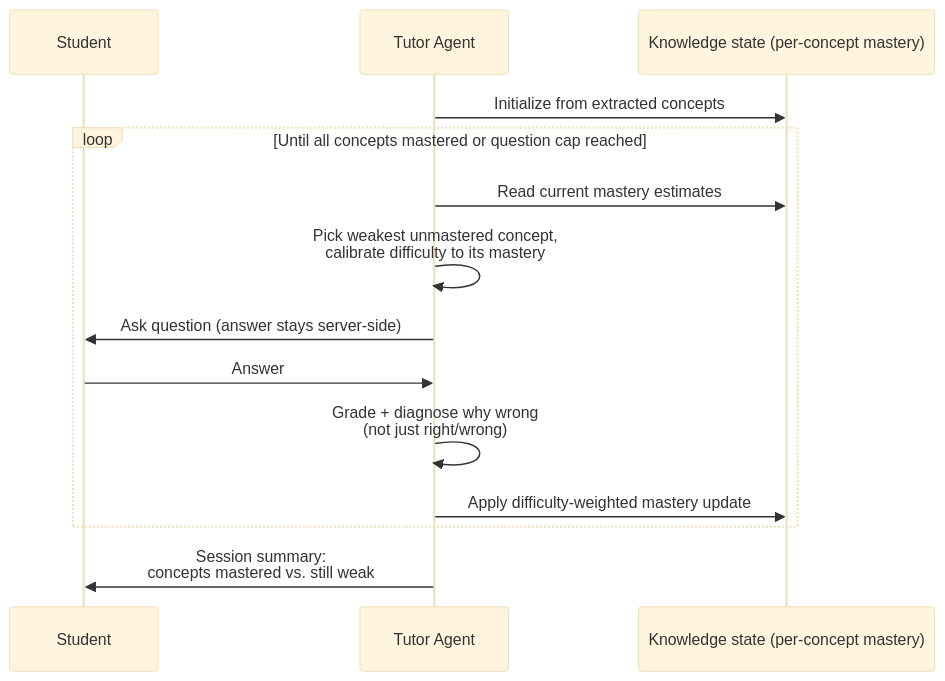
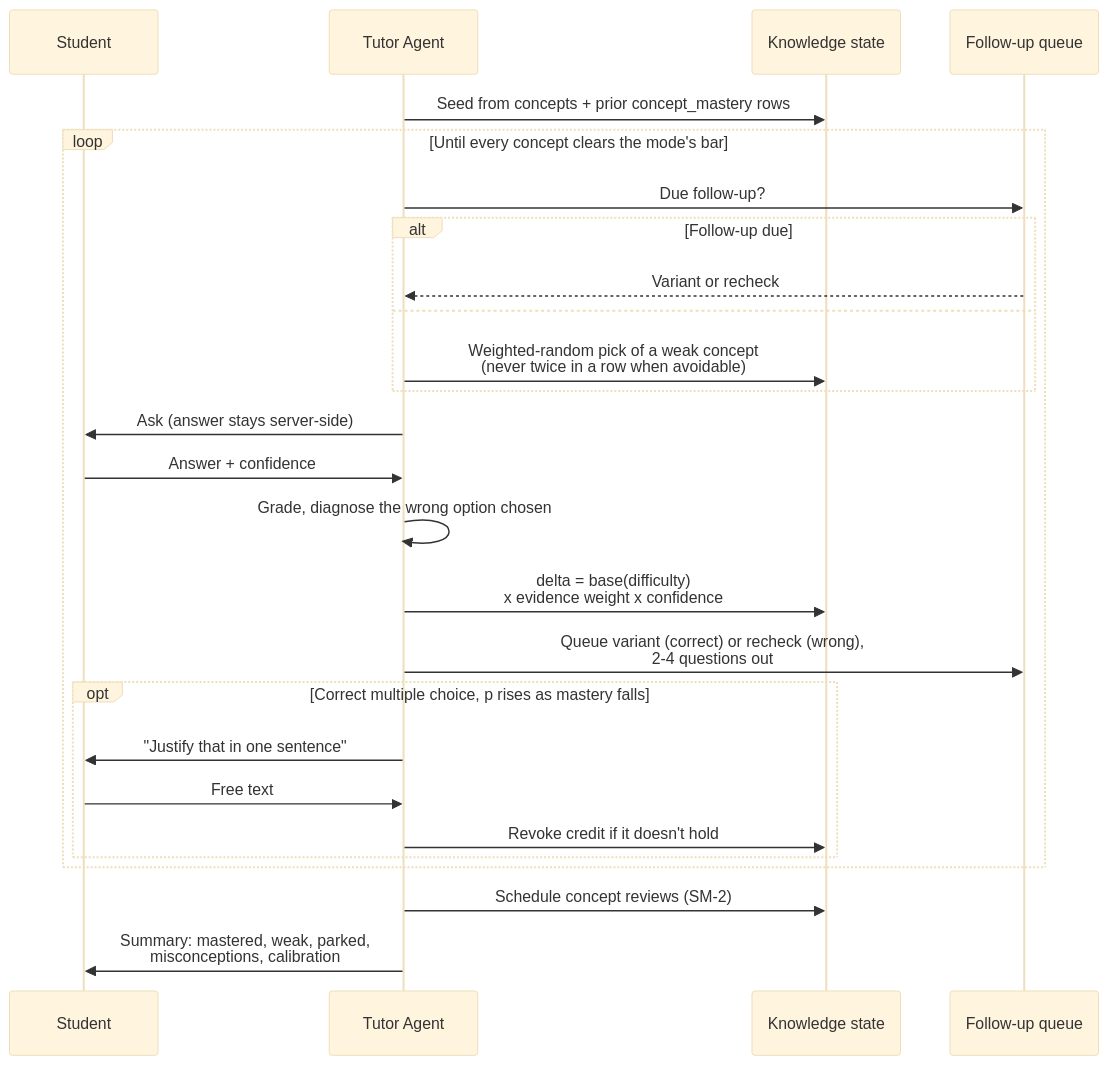
One commit to PranavReddyGaddam/Bloom changed the ninth of 12 diagrams in README.md. Above: the diagram before and after it, drawn with Mermaid (base theme). The commit also changed other lines of this file and 2 other files, not shown here.

````diff
--- a/README.md
+++ b/README.md
@@ -125,19 +256,33 @@
 ```mermaid
 sequenceDiagram
     participant Student
-    participant TutorAgent as Tutor Agent
-    participant KnowledgeState as Knowledge state (per-concept mastery)
+    participant Tutor as Tutor Agent
+    participant KS as Knowledge state
+    participant Q as Follow-up queue
 
-    TutorAgent->>KnowledgeState: Initialize from extracted concepts
+    Tutor->>KS: Seed from concepts + prior concept_mastery rows
 
-    loop Until all concepts mastered or question cap reached
-        TutorAgent->>KnowledgeState: Read current mastery estimates
-        TutorAgent->>TutorAgent: Pick weakest unmastered concept,<br/>calibrate difficulty to its mastery
-        TutorAgent->>Student: Ask question (answer stays server-side)
-        Student->>TutorAgent: Answer
-        TutorAgent->>TutorAgent: Grade + diagnose why wrong<br/>(not just right/wrong)
-        TutorAgent->>KnowledgeState: Apply difficulty-weighted mastery update
+    loop Until every concept clears the mode's bar
+        Tutor->>Q: Due follow-up?
+        alt Follow-up due
+            Q-->>Tutor: Variant or recheck
+        else
+            Tutor->>KS: Weighted-random pick of a weak concept<br/>(never twice in a row when avoidable)
+        end
+
+        Tutor->>Student: Ask (answer stays server-side)
+        Student->>Tutor: Answer + confidence
+        Tutor->>Tutor: Grade, diagnose the wrong option chosen
+        Tutor->>KS: delta = base(difficulty)<br/>x evidence weight x confidence
+        Tutor->>Q: Queue variant (correct) or recheck (wrong),<br/>2-4 questions out
+
+        opt Correct multiple choice, p rises as mastery falls
+            Tutor->>Student: "Justify that in one sentence"
+            Student->>Tutor: Free text
+            Tutor->>KS: Revoke credit if it doesn't hold
+        end
     end
 
-    TutorAgent->>Student: Session summary:<br/>concepts mastered vs. still weak
+    Tutor->>KS: Schedule concept reviews (SM-2)
+    Tutor->>Student: Summary: mastered, weak, parked,<br/>misconceptions, calibration
 ```
````
